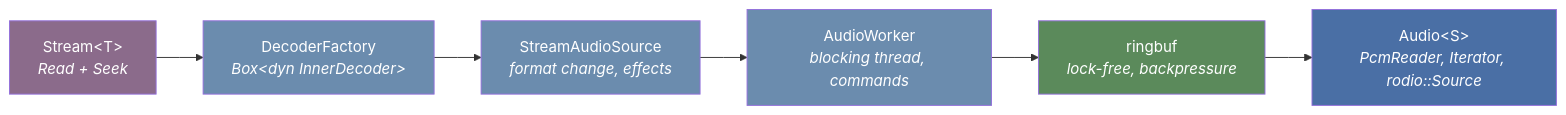
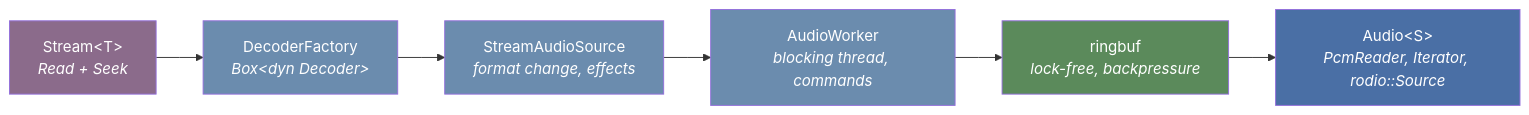
Before and after one commit to zvuk/kithara: the second of 2 diagrams in crates/kithara-audio/README.md, drawn with Mermaid. The commit also changed 890 other files, not shown here.

````diff
--- a/crates/kithara-audio/README.md
+++ b/crates/kithara-audio/README.md
@@ -106,19 +106,19 @@
 ```mermaid
 %%{init: {"flowchart": {"curve": "linear"}} }%%
 flowchart LR
     ST["Stream&lt;T&gt;<br/><i>Read + Seek</i>"]
-    DF["DecoderFactory<br/><i>Box&lt;dyn InnerDecoder&gt;</i>"]
+    DF["DecoderFactory<br/><i>Box&lt;dyn Decoder&gt;</i>"]
     SAS["StreamAudioSource<br/><i>format change, effects</i>"]
     AW["AudioWorker<br/><i>blocking thread, commands</i>"]
     KC["ringbuf<br/><i>lock-free, backpressure</i>"]
     A["Audio&lt;S&gt;<br/><i>PcmReader, Iterator, rodio::Source</i>"]
 
     ST --> DF --> SAS --> AW --> KC --> A
 
     style ST fill:#8b6b8b,color:#fff
     style DF fill:#6b8cae,color:#fff
     style SAS fill:#6b8cae,color:#fff
     style AW fill:#6b8cae,color:#fff
     style KC fill:#5b8a5b,color:#fff
     style A fill:#4a6fa5,color:#fff
 ```
````
